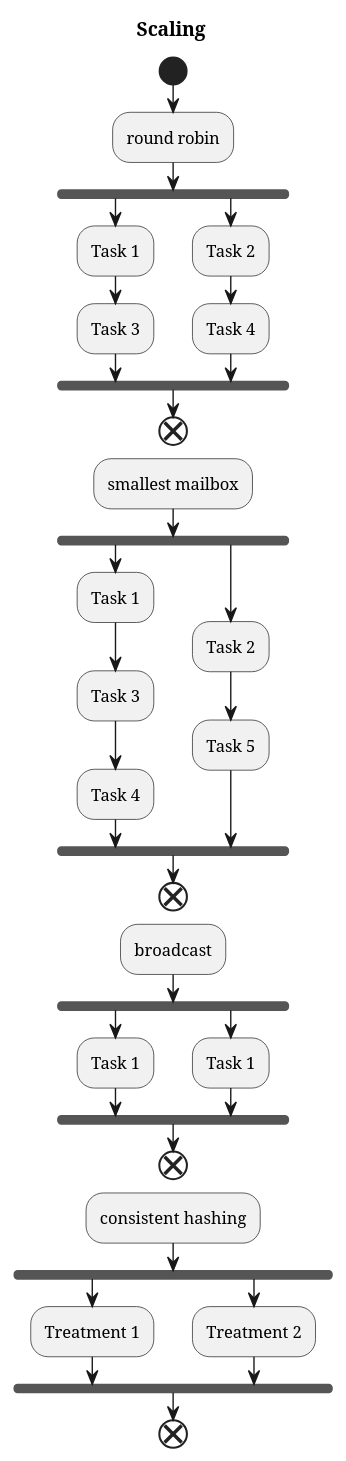
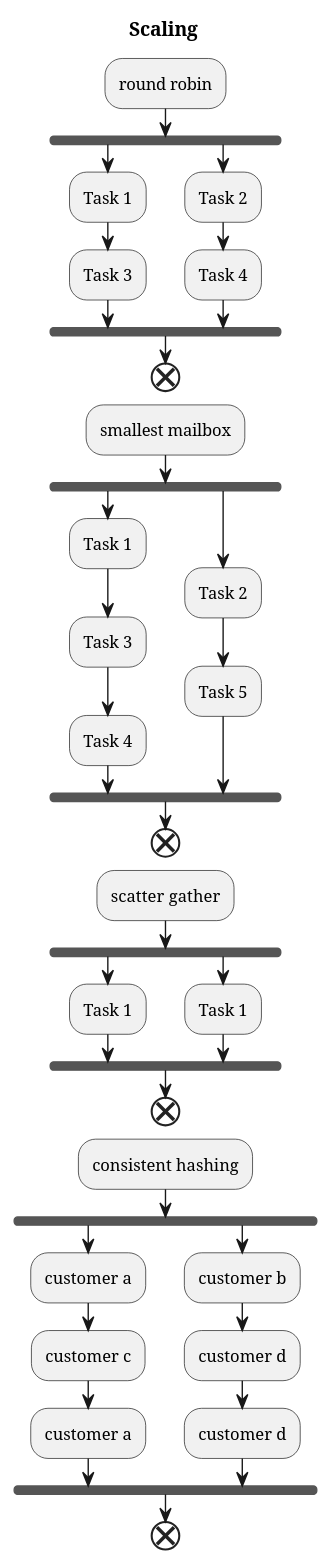
One commit to atulmish/devconf-lk-20190223 changed the diagram in AkkaActorSystem/Task05/task05.puml. Above: the diagram before and after it, drawn with PlantUML.

Commit message:
updated uml

```diff
--- a/AkkaActorSystem/Task05/task05.puml
+++ b/AkkaActorSystem/Task05/task05.puml
@@ -1,49 +1,52 @@
 @startuml
 title Scaling
-start
 
 :round robin;
   fork
 	:Task 1;
 	:Task 3;
   fork again
 	:Task 2;
 	:Task 4;
   end fork
 end
 
 
 :smallest mailbox;
   fork
 	:Task 1;
 	:Task 3;
 	:Task 4;
   fork again
 	:Task 2;
 	:Task 5;
   end fork
 end
 
 
-:broadcast;
+:scatter gather;
   fork
 	:Task 1;
   fork again
 	:Task 1;
   end fork
 end
 
 
 
 
 :consistent hashing;
   fork
-	:Treatment 1;
+	:customer a;
+    :customer c;
+    :customer a;
   fork again
-	:Treatment 2;
+	:customer b;
+    :customer d;
+    :customer d;
   end fork
 end
 
 
 
 @enduml
```
